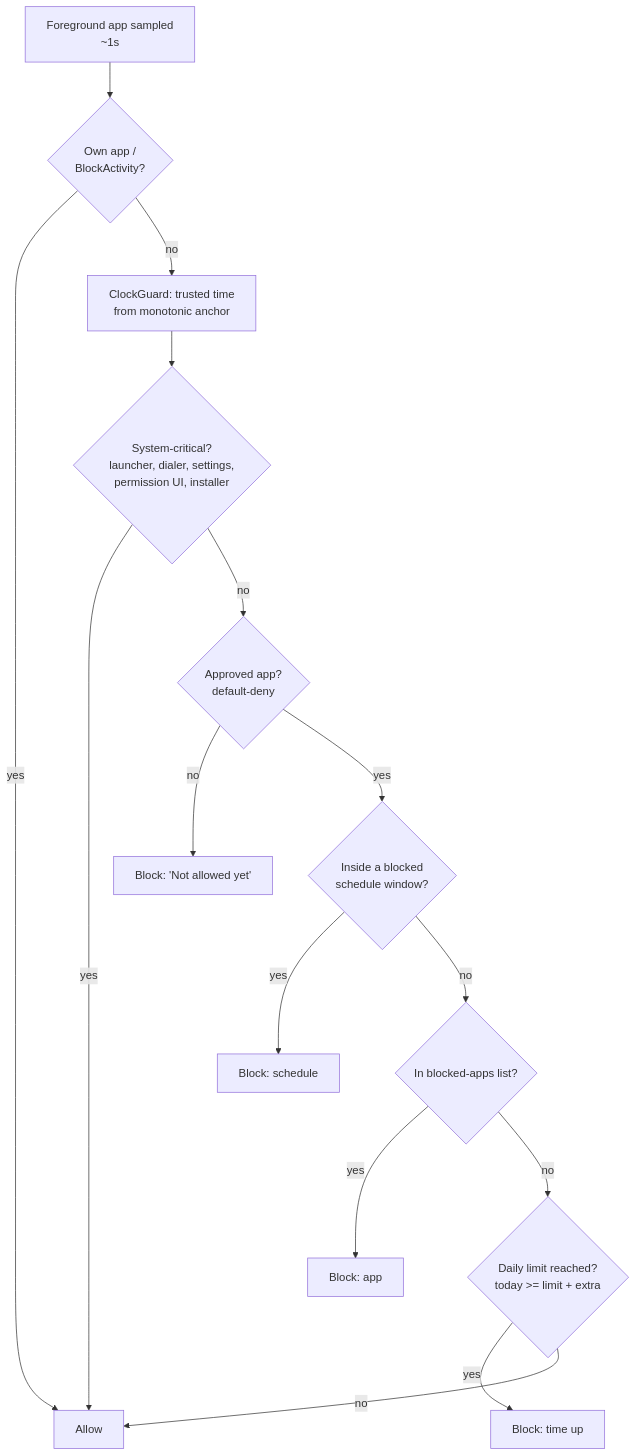
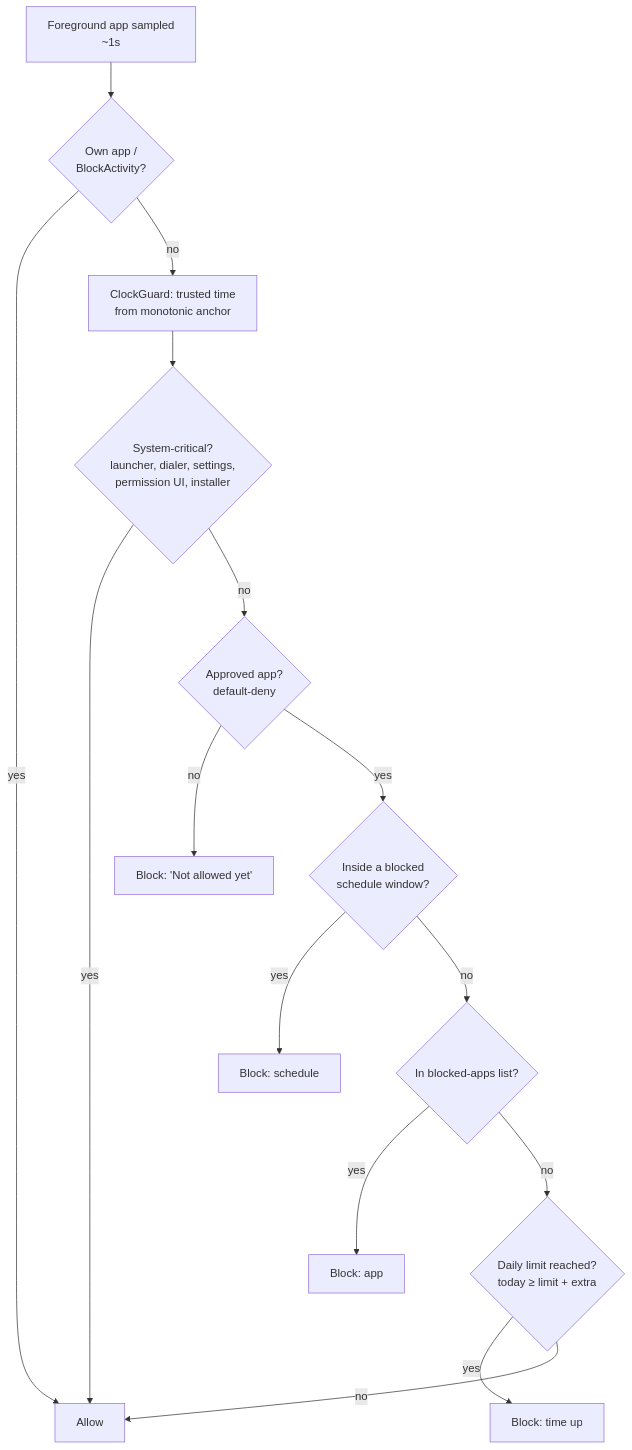
The fifth of 7 diagrams in docs/architecture/FLOWS.md (DipesThapa/oroq), drawn with Mermaid before and after one commit. The commit also changed other lines of this file, not shown here.

First line of the commit message:
docs(architecture): fix Mermaid syntax so all flow diagrams render

````diff
--- a/docs/architecture/FLOWS.md
+++ b/docs/architecture/FLOWS.md
@@ -118,17 +118,17 @@
 ```mermaid
 flowchart TD
     A[Foreground app sampled<br/>~1s] --> B{Own app /<br/>BlockActivity?}
     B -->|yes| Z[Allow]
     B -->|no| T[ClockGuard: trusted time<br/>from monotonic anchor]
     T --> C{System-critical?<br/>launcher, dialer, settings,<br/>permission UI, installer}
     C -->|yes| Z
     C -->|no| D{Approved app?<br/>default-deny}
     D -->|no| BU[Block: 'Not allowed yet']
     D -->|yes| E{Inside a blocked<br/>schedule window?}
     E -->|yes| BS[Block: schedule]
     E -->|no| F{In blocked-apps list?}
     F -->|yes| BA[Block: app]
-    F -->|no| G{Daily limit reached?<br/>today >= limit + extra}
+    F -->|no| G{Daily limit reached?<br/>today ≥ limit + extra}
     G -->|yes| BT[Block: time up]
     G -->|no| Z
 ```
````
